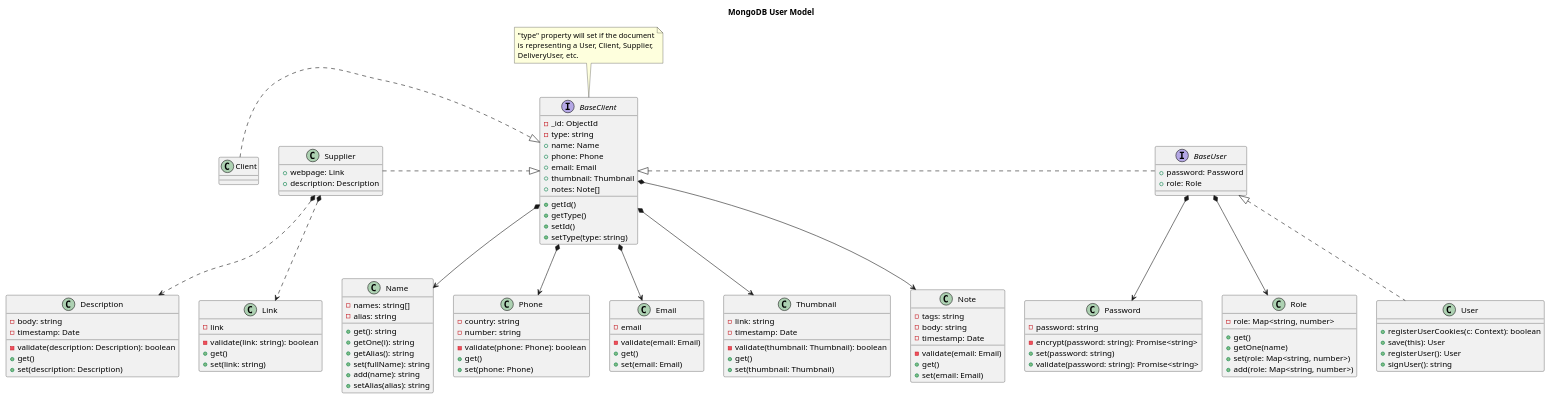
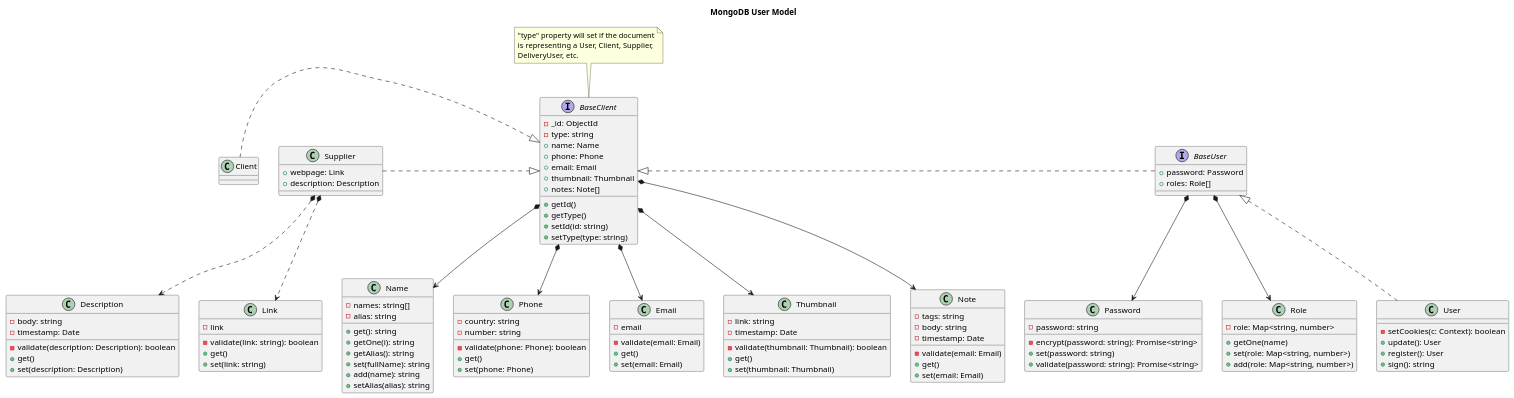
Before and after one commit to Chiqui1234ok/lions-app: the diagram in back/uml/User.puml, drawn with PlantUML. The commit also changed 3 other files, not shown here.

```diff
--- a/back/uml/User.puml
+++ b/back/uml/User.puml
@@ -1,144 +1,143 @@
 @startuml
 
 title MongoDB User Model
 
 interface BaseClient {
     - _id: ObjectId
     - type: string
     + name: Name
     + phone: Phone
     + email: Email
     + thumbnail: Thumbnail
     + notes: Note[]
     + getId()
     + getType()
-    + setId()
+    + setId(id: string)
     + setType(type: string)
 }
 
 ' interface BaseUser extends BaseClient
 interface BaseUser {
     + password: Password
-    + role: Role
+    + roles: Role[]
 }
 
 ' class Client implements BaseClient
 class Client {
 
 }
 
 ' class User implements BaseUser
 class User {
-    + registerUserCookies(c: Context): boolean
-    + save(this): User
-    + registerUser(): User
-    + signUser(): string
+    - setCookies(c: Context): boolean
+    + update(): User
+    + register(): User
+    + sign(): string
 }
 
 ' class Supplier implements BaseClient
 class Supplier {
     + webpage: Link
     + description: Description
 }
 
 ' :: TINY OBJECTS ::
 
 class Password {
     - password: string
     - encrypt(password: string): Promise<string>
     + set(password: string)
     + validate(password: string): Promise<string>
 }
 
 class Role {
     - role: Map<string, number>
-    + get()
     + getOne(name)
     + set(role: Map<string, number>)
     + add(role: Map<string, number>)
 }
 
 class Name {
     - names: string[]
     - alias: string
     + get(): string
     + getOne(i): string
     + getAlias(): string
     + set(fullName): string
     + add(name): string
     + setAlias(alias): string
 }
 
 class Phone {
     - country: string
     - number: string
     - validate(phone: Phone): boolean
     + get()
     + set(phone: Phone)
 }
 
 class Email {
     - email
     - validate(email: Email)
     + get()
     + set(email: Email)
 }
 
 class Description {
     - body: string
     - timestamp: Date
     - validate(description: Description): boolean
     + get()
     + set(description: Description)
 }
 
 class Thumbnail {
     - link: string
     - timestamp: Date
     - validate(thumbnail: Thumbnail): boolean
     + get()
     + set(thumbnail: Thumbnail)
 }
 
 class Note {
     - tags: string
     - body: string
     - timestamp: Date
     - validate(email: Email)
     + get()
     + set(email: Email)
 }
 
 class Link {
     - link
     - validate(link: string): boolean
     + get()
     + set(link: string)
 }
 
 ' Inherit (interfaces). For classes,
 ' remember: ClasePadre <|-- ClaseHija
 BaseClient <|.r. BaseUser
 BaseUser <|.. User
 BaseClient <|.l. Supplier
 BaseClient <|.l. Client
 
 ' Composition
 BaseClient *--> Name
 BaseClient *--> Phone
 BaseClient *--> Email
 BaseClient *--> Thumbnail
 BaseClient *--> Note
 Supplier *..> Link
 Supplier *..> Description
 BaseUser *--> Password
 BaseUser *--> Role
 
 ' Notes
 note top of BaseClient
 "type" property will set if the document
 is representing a User, Client, Supplier,
 DeliveryUser, etc.
 endnote
 
 @enduml
```
